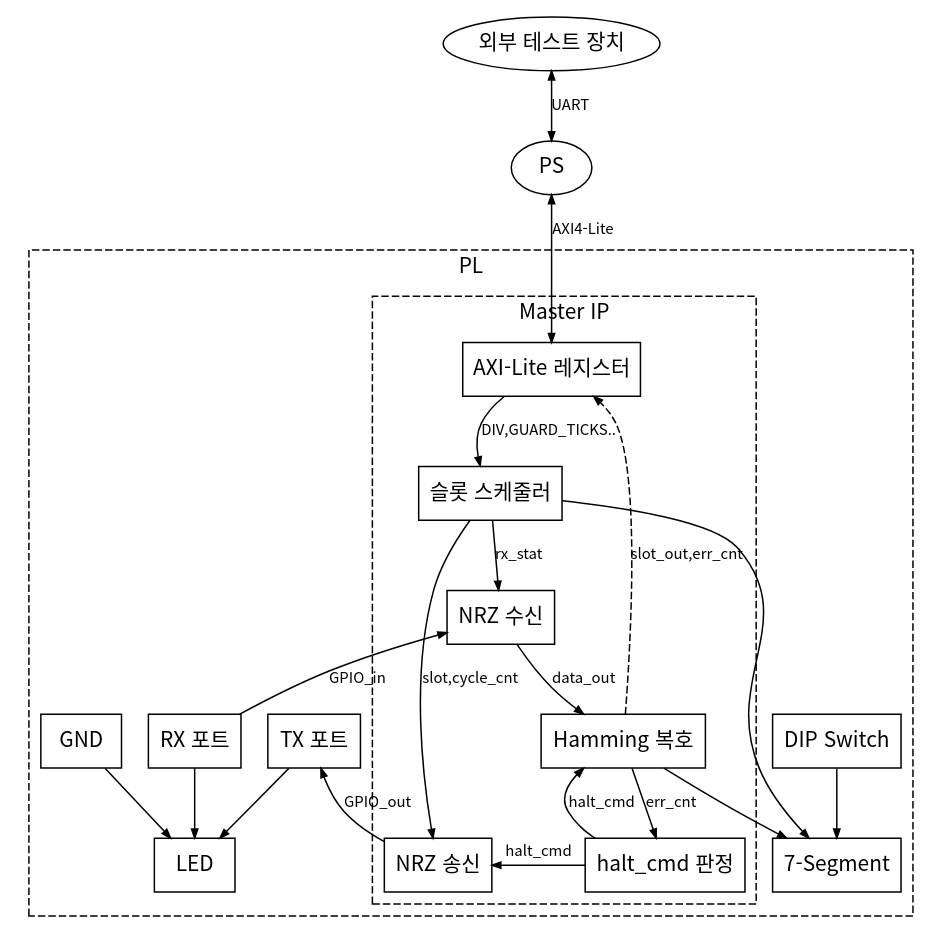
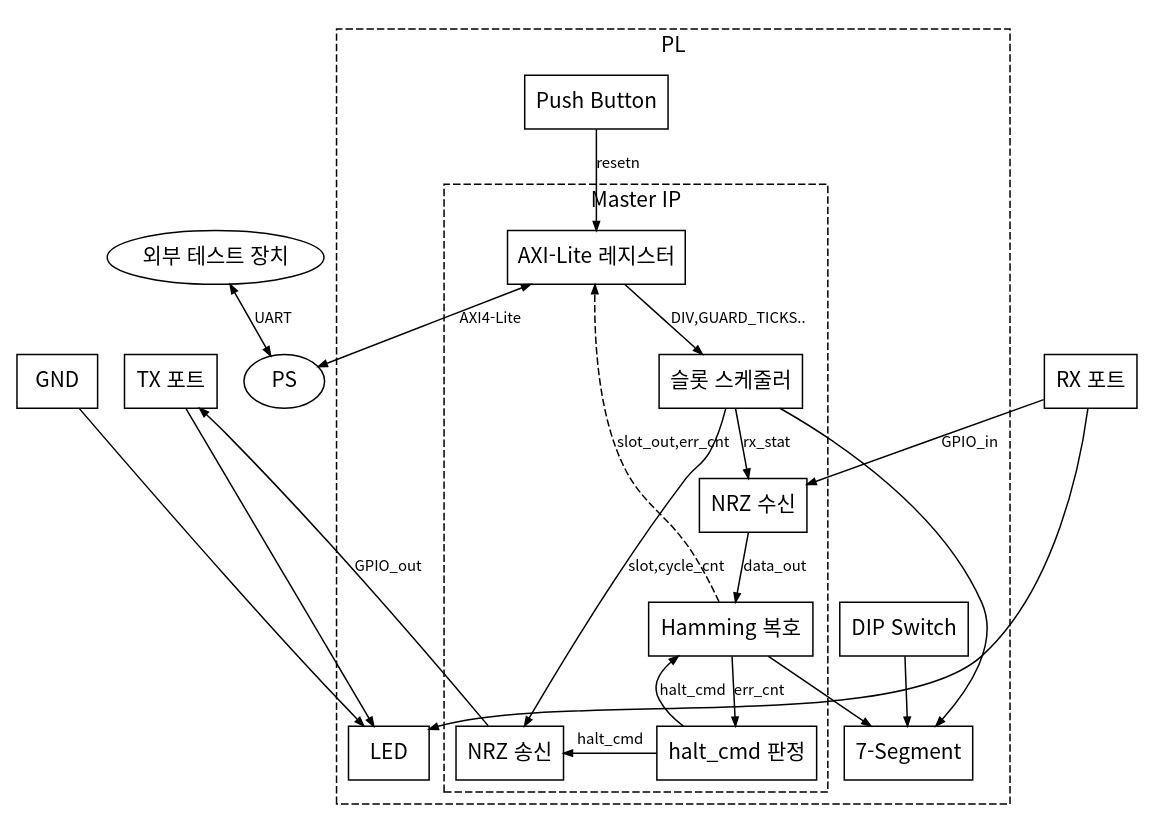
One commit to Woodong02/SoC_Design_and_Programming changed the diagram in diagrams/full_stack.dot. Above: the diagram before and after it, drawn with Graphviz. The commit also changed 3 other files, not shown here.

First line of the commit message:
Move GND/TX/RX pins outside PL boundary, add Push Button (resetn)

```diff
--- a/diagrams/full_stack.dot
+++ b/diagrams/full_stack.dot
@@ -1,65 +1,68 @@
 digraph G {
     rankdir=TB;
     fontname="Noto Sans CJK KR";
     node [shape=box, fontname="Noto Sans CJK KR", fontsize=14, color=black];
     edge [fontname="Noto Sans CJK KR", fontsize=10, color=black, arrowsize=0.6];
 
     EXT [label="외부 테스트 장치", shape=ellipse];
     PS  [label="PS", shape=ellipse];
+    GND [label="GND"];
+    TXP [label="TX 포트"];
+    RXP [label="RX 포트"];
+
+    { rank=same; PS; GND; TXP; RXP; }
 
     subgraph cluster_pl {
         label="PL";
         style=dashed;
         fontname="Noto Sans CJK KR";
 
-        GND [label="GND"];
-        TXP [label="TX 포트"];
-        RXP [label="RX 포트"];
         LED [label="LED"];
         DIP [label="DIP Switch"];
+        PB  [label="Push Button"];
         SEG [label="7-Segment"];
 
         subgraph cluster_master {
             label="Master IP";
             style=dashed;
             fontname="Noto Sans CJK KR";
 
             AXI  [label="AXI-Lite 레지스터"];
             SLOT [label="슬롯 스케줄러"];
             RX   [label="NRZ 수신"];
             DEC  [label="Hamming 복호"];
             HALT [label="halt_cmd 판정"];
             TX   [label="NRZ 송신"];
 
             { rank=same; AXI; }
             { rank=same; SLOT; }
             { rank=same; RX; }
             { rank=same; DEC; }
             { rank=same; HALT; TX; }
 
             AXI  -> SLOT [label="DIV,GUARD_TICKS.."];
             SLOT -> RX   [label="rx_stat"];
             RX   -> DEC  [label="data_out"];
             DEC  -> HALT [label="err_cnt"];
             HALT -> TX   [label="halt_cmd"];
             HALT -> DEC  [label="halt_cmd"];
             SLOT -> TX   [label="slot,cycle_cnt"];
             DEC  -> AXI  [label="slot_out,err_cnt", style=dashed];
         }
 
-        { rank=same; GND; TXP; RXP; }
         { rank=same; LED; SEG; }
 
         GND -> LED;
         TXP -> LED;
         RXP -> LED;
         TX  -> TXP [label="GPIO_out"];
         RXP -> RX  [label="GPIO_in"];
         DIP -> SEG;
         SLOT -> SEG;
         DEC  -> SEG;
+        PB   -> AXI [label="resetn"];
     }
 
     EXT -> PS [label="UART", dir=both];
     PS  -> AXI [label="AXI4-Lite", dir=both];
 }
```
